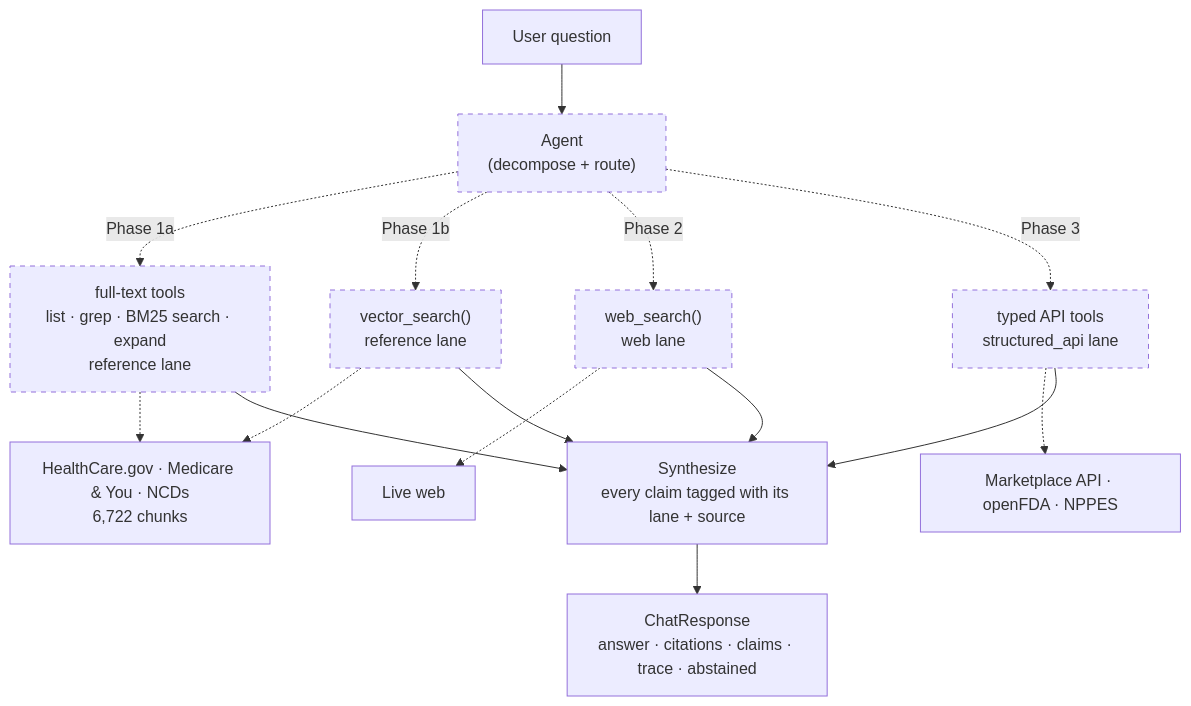
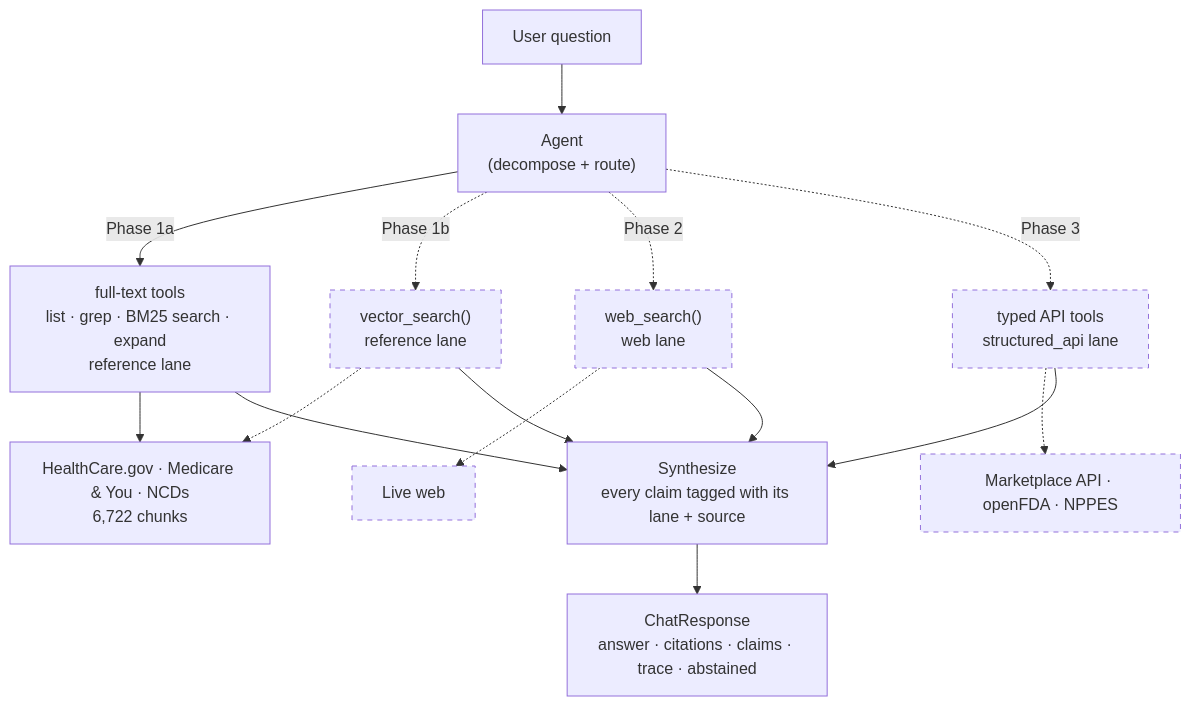
One commit to ohandyya/health-coverage-navigator changed the first of 3 diagrams in README.md. Above: the diagram before and after it, drawn with Mermaid. The commit also changed other lines of this file and 49 other files, not shown here.

````diff
--- a/README.md
+++ b/README.md
@@ -85,26 +118,26 @@
 ```mermaid
 flowchart TD
     Q["User question"] --> AG["Agent<br/>(decompose + route)"]
 
-    AG -.->|Phase 1a| R["full-text tools<br/>list · grep · BM25 search · expand<br/>reference lane"]
+    AG -->|Phase 1a| R["full-text tools<br/>list · grep · BM25 search · expand<br/>reference lane"]
     AG -.->|Phase 1b| V["vector_search()<br/>reference lane"]
     AG -.->|Phase 2| W["web_search()<br/>web lane"]
     AG -.->|Phase 3| S["typed API tools<br/>structured_api lane"]
 
-    R -.-> C1["HealthCare.gov · Medicare &amp; You · NCDs<br/>6,722 chunks"]
+    R --> C1["HealthCare.gov · Medicare &amp; You · NCDs<br/>6,722 chunks"]
     V -.-> C1
     W -.-> C2["Live web"]
     S -.-> C3["Marketplace API · openFDA · NPPES"]
 
     R --> SY["Synthesize<br/>every claim tagged with its lane + source"]
     V --> SY
     W --> SY
     S --> SY
     SY --> RESP["ChatResponse<br/>answer · citations · claims · trace · abstained"]
 
-    style AG stroke-dasharray: 5 5
-    style R stroke-dasharray: 5 5
     style V stroke-dasharray: 5 5
     style W stroke-dasharray: 5 5
     style S stroke-dasharray: 5 5
+    style C2 stroke-dasharray: 5 5
+    style C3 stroke-dasharray: 5 5
 ```
````
